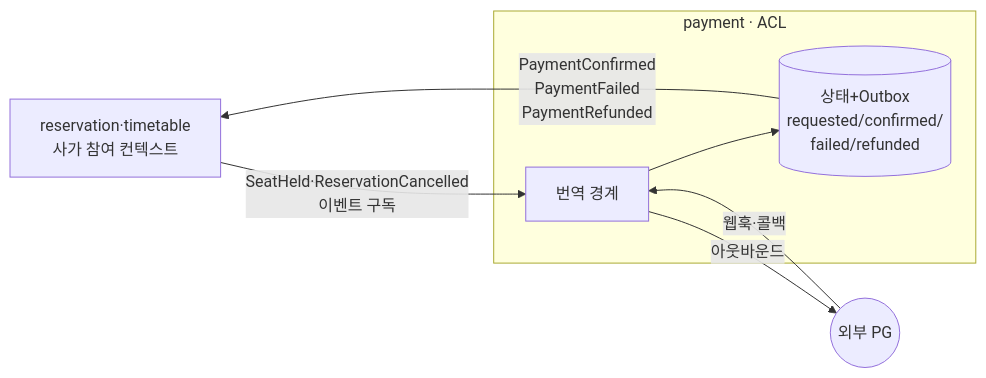
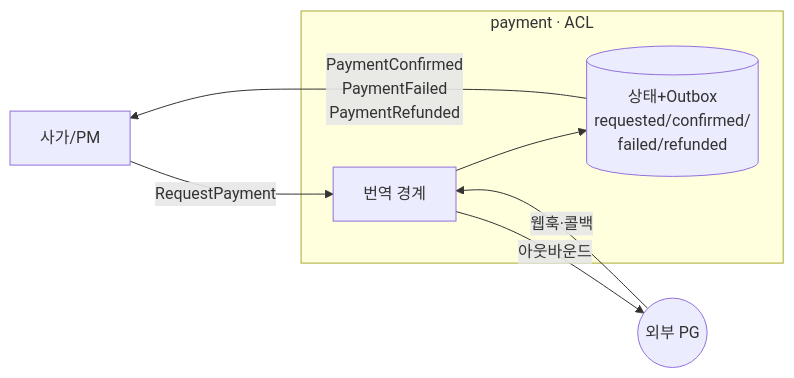
The first of 2 diagrams in docs/v2/design_doc/DESIGN-015-payment-integration.md (newkayak12/prototype-reservation-system), drawn with Mermaid before and after one commit. The commit also changed other lines of this file and 20 other files, not shown here.

````diff
--- a/docs/v2/design_doc/DESIGN-015-payment-integration.md
+++ b/docs/v2/design_doc/DESIGN-015-payment-integration.md
@@ -48,10 +48,10 @@
 ```mermaid
 graph LR
-    saga[reservation·timetable<br/>사가 참여 컨텍스트] -->|SeatHeld·ReservationCancelled<br/>이벤트 구독| ACL
+    saga[사가/PM] -->|RequestPayment| ACL
     subgraph payment [payment · ACL]
         ACL[번역 경계] --> ST[(상태+Outbox<br/>requested/confirmed/<br/>failed/refunded)]
     end
     ACL -->|아웃바운드| PG((외부 PG))
     PG -->|웹훅·콜백| ACL
     ST -->|PaymentConfirmed<br/>PaymentFailed<br/>PaymentRefunded| saga
 ```
````
